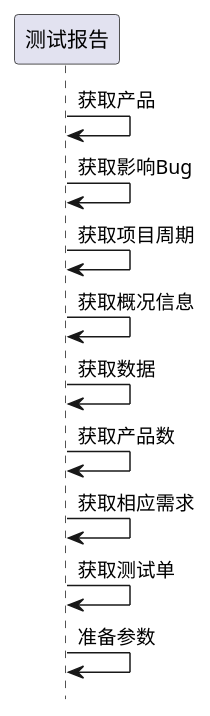
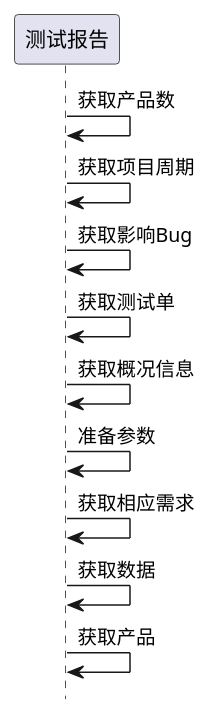
The seventh of 9 diagrams in ibizpms-docs/src/main/doc/v1/module/zentao/TestReport_old.md (zj335841911/nt_chandao), drawn with PlantUML before and after one commit. The commit also changed other lines of this file and 2125 other files, not shown here.

```diff
--- a/ibizpms-docs/src/main/doc/v1/module/zentao/TestReport_old.md
+++ b/ibizpms-docs/src/main/doc/v1/module/zentao/TestReport_old.md
@@ -286,13 +286,13 @@
 {% plantuml %}
 hide footbox
 
+测试报告 -> 测试报告: 获取产品数
+测试报告 -> 测试报告: 获取项目周期
+测试报告 -> 测试报告: 获取影响Bug
+测试报告 -> 测试报告: 获取测试单
+测试报告 -> 测试报告: 获取概况信息
+测试报告 -> 测试报告: 准备参数
+测试报告 -> 测试报告: 获取相应需求
+测试报告 -> 测试报告: 获取数据
 测试报告 -> 测试报告: 获取产品
-测试报告 -> 测试报告: 获取影响Bug
-测试报告 -> 测试报告: 获取项目周期
-测试报告 -> 测试报告: 获取概况信息
-测试报告 -> 测试报告: 获取数据
-测试报告 -> 测试报告: 获取产品数
-测试报告 -> 测试报告: 获取相应需求
-测试报告 -> 测试报告: 获取测试单
-测试报告 -> 测试报告: 准备参数
 {% endplantuml %}
```
